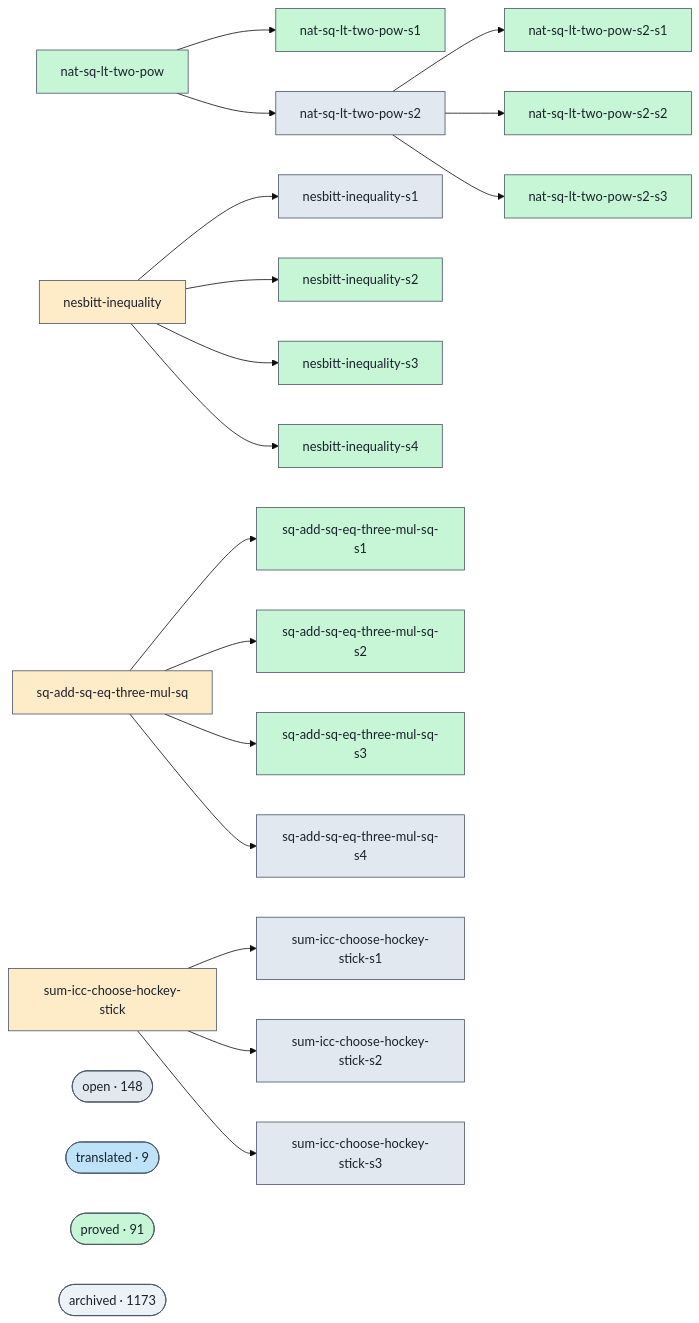
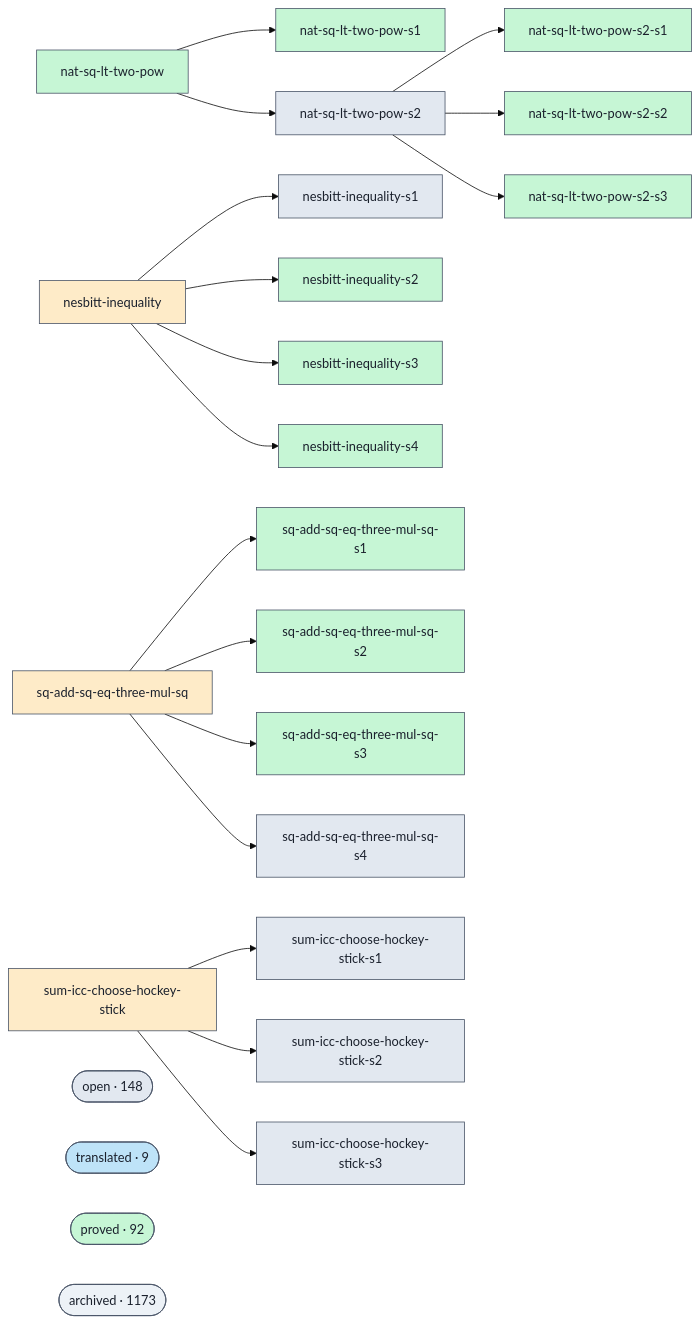
Before and after one commit to ohdearquant/unsorry: the diagram in docs/proofs-contributors-visualisation.md, drawn with Mermaid (base theme). The commit also changed other lines of this file and 2 other files, not shown here.

```diff
--- a/docs/proofs-contributors-visualisation.md
+++ b/docs/proofs-contributors-visualisation.md
@@ -102,7 +102,7 @@
   class cluster_open open;
   cluster_translated(["translated · 9"])
   class cluster_translated translated;
-  cluster_proved(["proved · 91"])
+  cluster_proved(["proved · 92"])
   class cluster_proved proved;
   cluster_archived(["archived · 1173"])
   class cluster_archived unknown;
```
